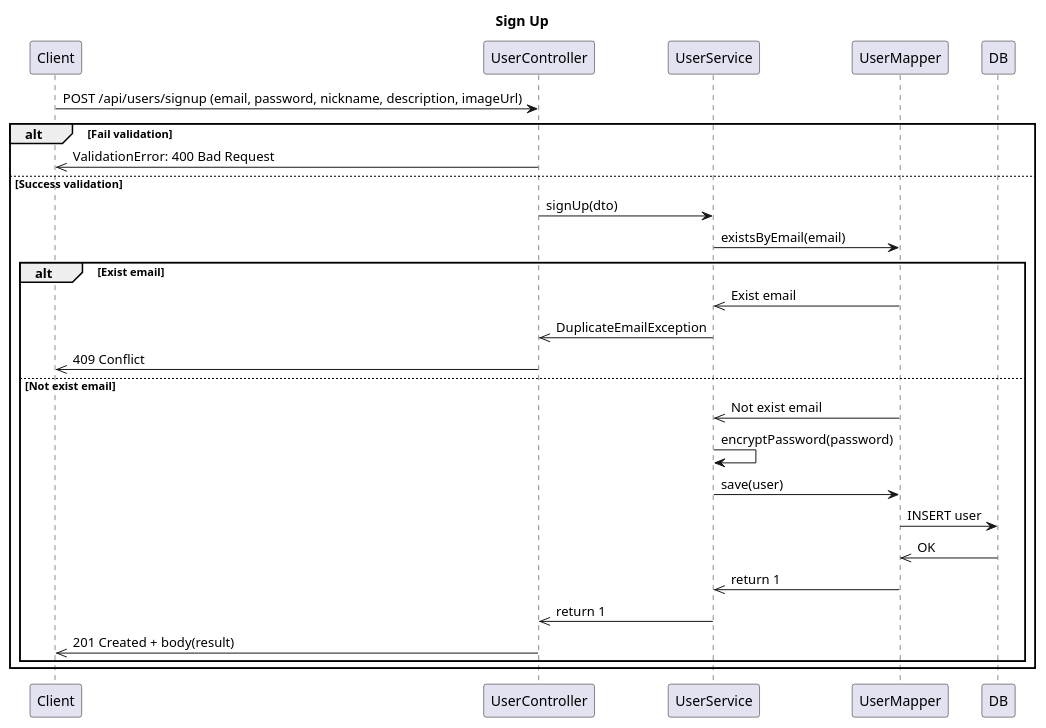
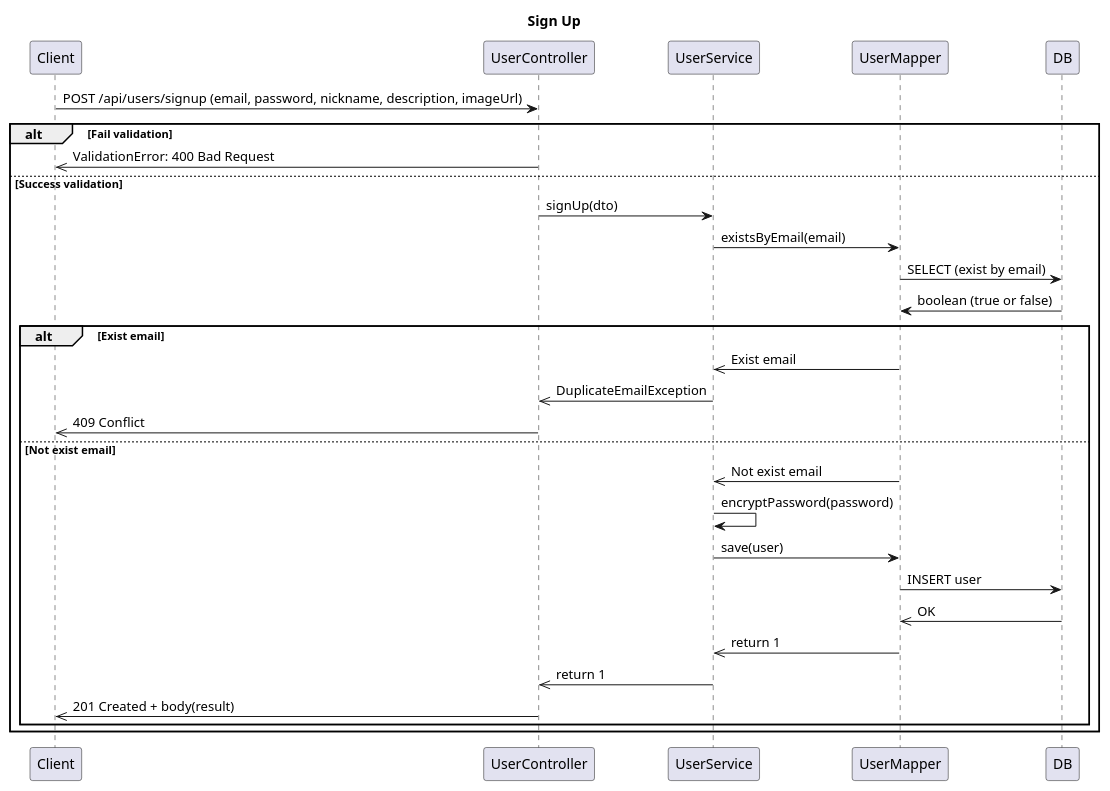
Before and after one commit to dahyeo-n/epic: the diagram in docs/design/app/api/user/signUp.wsd, drawn with PlantUML.

Commit message:
docs: 회원가입 API 시퀀스 다이어그램 업데이트
- 이메일 존재 여부 확인을 위한 데이터베이스 쿼리 추가
- 사용자 서비스와 매퍼 간의 상호작용 명세 보강

```diff
--- a/docs/design/app/api/user/signUp.wsd
+++ b/docs/design/app/api/user/signUp.wsd
@@ -1,31 +1,33 @@
 @startuml signUp
 title Sign Up
 
 participant Client
 participant UserController
 participant UserService
 participant UserMapper
 participant DB
 
 Client->UserController: POST /api/users/signup (email, password, nickname, description, imageUrl)
 alt Fail validation
   UserController->>Client: ValidationError: 400 Bad Request
 else Success validation
   UserController->UserService: signUp(dto)
   UserService->UserMapper: existsByEmail(email)
+  UserMapper->DB: SELECT (exist by email)
+  DB->UserMapper: boolean (true or false)
   alt Exist email
     UserMapper->>UserService: Exist email
     UserService->>UserController: DuplicateEmailException
     UserController->>Client: 409 Conflict
   else Not exist email
     UserMapper->>UserService: Not exist email
     UserService->UserService: encryptPassword(password)
     UserService->UserMapper: save(user)
     UserMapper->DB: INSERT user
     DB->>UserMapper: OK
     UserMapper->>UserService: return 1
     UserService->>UserController: return 1
     UserController->>Client: 201 Created + body(result)
   end
 end
 @enduml
```
